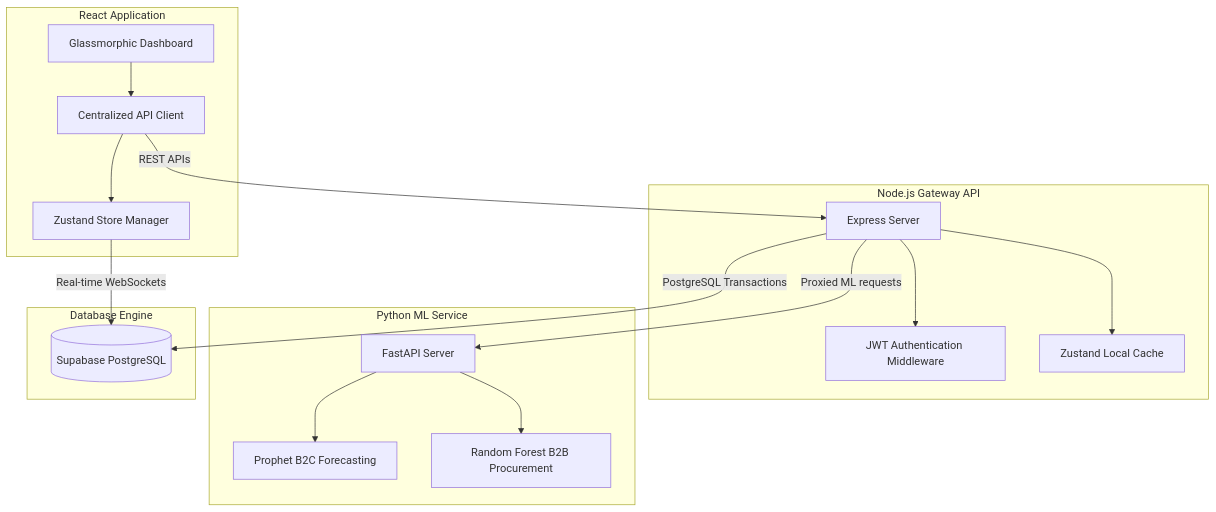
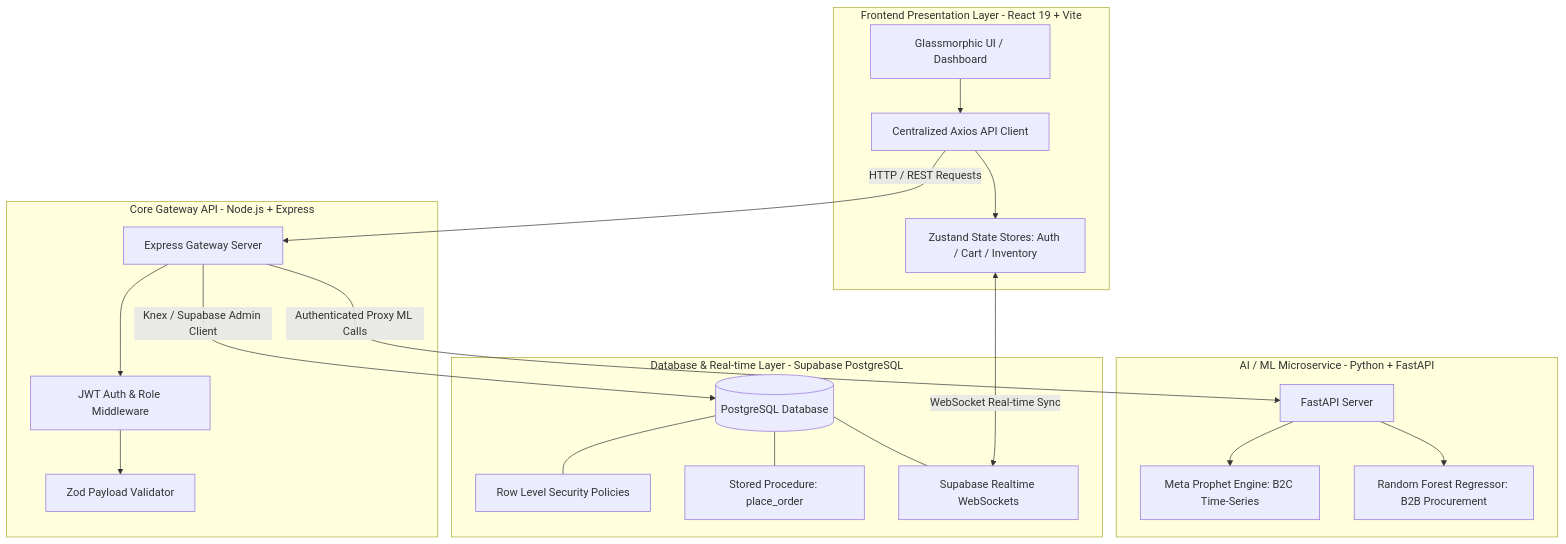
Before and after one commit to vasudev7891/Dual-Side-Predictive-Inventory-Management-System: the second of 3 diagrams in README.md, drawn with Mermaid. The commit also changed other lines of this file, not shown here.

Commit message:
docs: update README.md with Block Diagram, System Architecture, and Processing Flowchart

````diff
--- a/README.md
+++ b/README.md
@@ -9,26 +58,41 @@
 ```mermaid
 graph TD
-    subgraph Frontend [React Application]
-        UI[Glassmorphic Dashboard] --> Client[Centralized API Client]
-        Client --> Zustand[Zustand Store Manager]
+    subgraph PresentationLayer [Frontend Presentation Layer - React 19 + Vite]
+        UI[Glassmorphic UI / Dashboard]
+        Client[Centralized Axios API Client]
+        Zustand[Zustand State Stores: Auth / Cart / Inventory]
+        UI --> Client
+        Client --> Zustand
     end
 
-    subgraph BackendGateway [Node.js Gateway API]
-        Express[Express Server] --> Auth[JWT Authentication Middleware]
-        Express --> Cache[Zustand Local Cache]
+    subgraph GatewayLayer [Core Gateway API - Node.js + Express]
+        Express[Express Gateway Server]
+        AuthMW[JWT Auth & Role Middleware]
+        ZodVal[Zod Payload Validator]
+        Express --> AuthMW
+        AuthMW --> ZodVal
     end
 
-    subgraph AnalyticsEngine [Python ML Service]
-        FastAPI[FastAPI Server] --> Prophet[Prophet B2C Forecasting]
-        FastAPI --> RandomForest[Random Forest B2B Procurement]
+    subgraph MLLayer [AI / ML Microservice - Python + FastAPI]
+        FastAPI[FastAPI Server]
+        ProphetEngine[Meta Prophet Engine: B2C Time-Series]
+        RFEngine[Random Forest Regressor: B2B Procurement]
+        FastAPI --> ProphetEngine
+        FastAPI --> RFEngine
     end
 
-    subgraph DataStore [Database Engine]
-        DB[(Supabase PostgreSQL)]
+    subgraph DataLayer [Database & Real-time Layer - Supabase PostgreSQL]
+        DB[(PostgreSQL Database)]
+        RLS[Row Level Security Policies]
+        RPC[Stored Procedure: place_order]
+        Realtime[Supabase Realtime WebSockets]
+        DB --- RLS
+        DB --- RPC
+        DB --- Realtime
     end
 
-    Client -->|REST APIs| Express
-    Express -->|Proxied ML requests| FastAPI
-    Zustand -->|Real-time WebSockets| DB
-    Express -->|PostgreSQL Transactions| DB
+    Client -->|HTTP / REST Requests| Express
+    Express -->|Authenticated Proxy ML Calls| FastAPI
+    Zustand <-->|WebSocket Real-time Sync| Realtime
+    Express -->|Knex / Supabase Admin Client| DB
 ```
````
